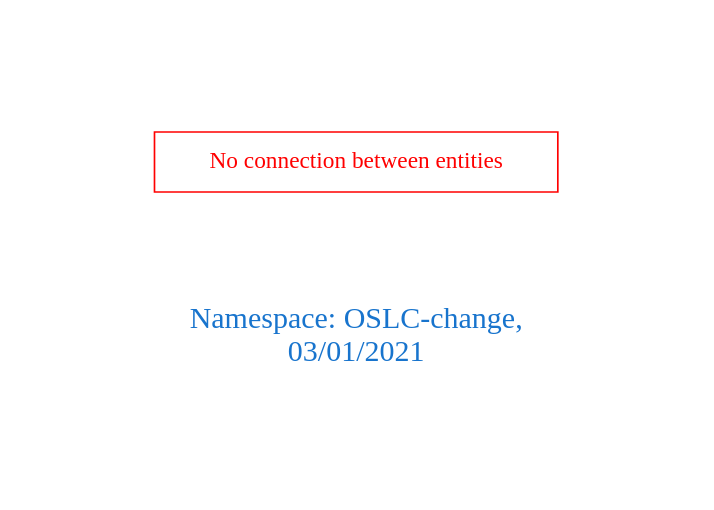
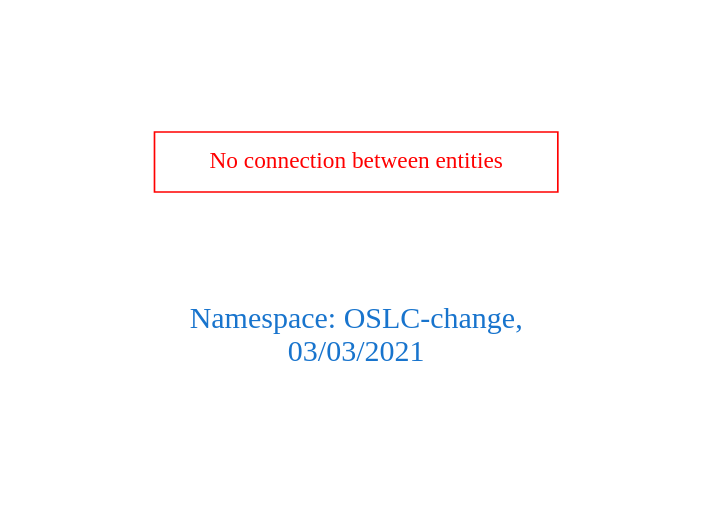
The diagram in downloads/OSLC-change.dot (arago/OGIT), drawn with Graphviz before and after one commit. The commit also changed 1845 other files, not shown here.

```diff
--- a/downloads/OSLC-change.dot
+++ b/downloads/OSLC-change.dot
@@ -1,9 +1,9 @@
 digraph OGIT_ontology {
  graph [ rankdir= LR,pad=1 
 fontsize = 18,
-fontcolor= dodgerblue3,label = "\n\n\nNamespace: OSLC-change, \n 03/01/2021"];
+fontcolor= dodgerblue3,label = "\n\n\nNamespace: OSLC-change, \n 03/03/2021"];
 node[shape=polygon];
 edge [  color="gray81"];
 
 "No connection between entities" [fontcolor = "red",color="red", shape="polygon"]
 }
```
